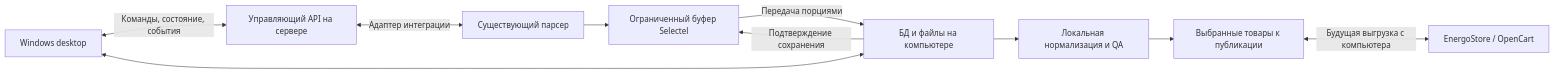
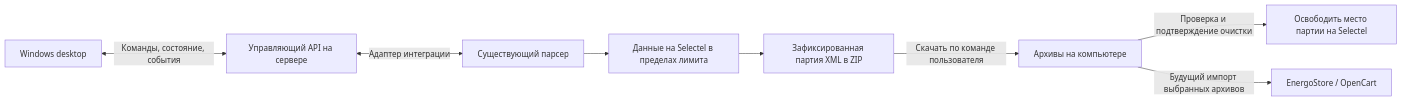
The first of 2 diagrams in docs/UX_FLOW.md (starosvetsky/ESPBS), drawn with Mermaid before and after one commit. The commit also changed other lines of this file and 1 other file, not shown here.

Commit message:
Clarify Selectel collection and manual XML archive downloads

````diff
--- a/docs/UX_FLOW.md
+++ b/docs/UX_FLOW.md
@@ -36,12 +37,10 @@
 ```mermaid
 flowchart LR
     Desktop[Windows desktop] <-->|Команды, состояние, события| Control[Управляющий API на сервере]
     Control <-->|Адаптер интеграции| Parser[Существующий парсер]
-    Parser --> Buffer[Ограниченный буфер Selectel]
-    Buffer -->|Передача порциями| Storage[БД и файлы на компьютере]
-    Storage -->|Подтверждение сохранения| Buffer
-    Desktop <--> Storage
-    Storage --> QA[Локальная нормализация и QA]
-    QA --> Queue[Выбранные товары к публикации]
-    Queue <-->|Будущая выгрузка с компьютера| Target[EnergoStore / OpenCart]
+    Parser --> Buffer[Данные на Selectel в пределах лимита]
+    Buffer --> Export[Зафиксированная партия XML в ZIP]
+    Export -->|Скачать по команде пользователя| Storage[Архивы на компьютере]
+    Storage -->|Проверка и подтверждение очистки| Cleanup[Освободить место партии на Selectel]
+    Storage -->|Будущий импорт выбранных архивов| Target[EnergoStore / OpenCart]
 ```
````
